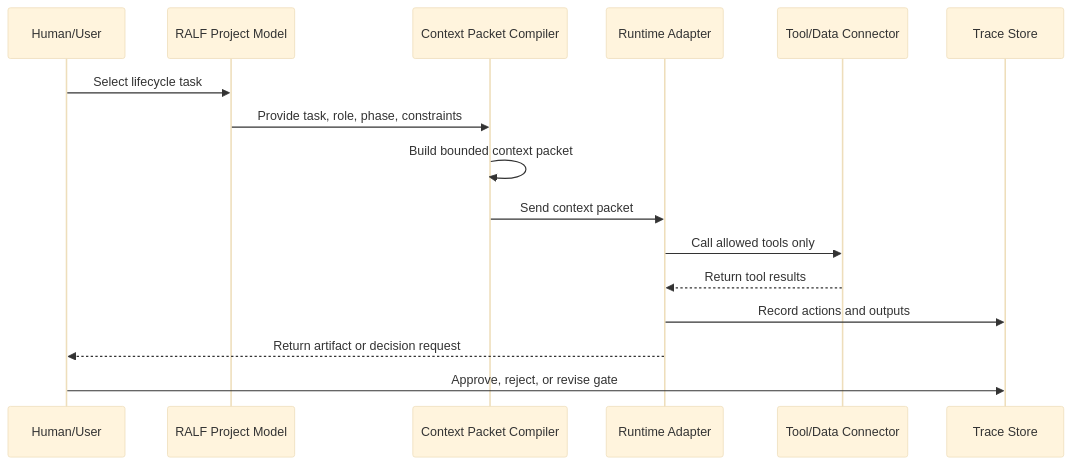
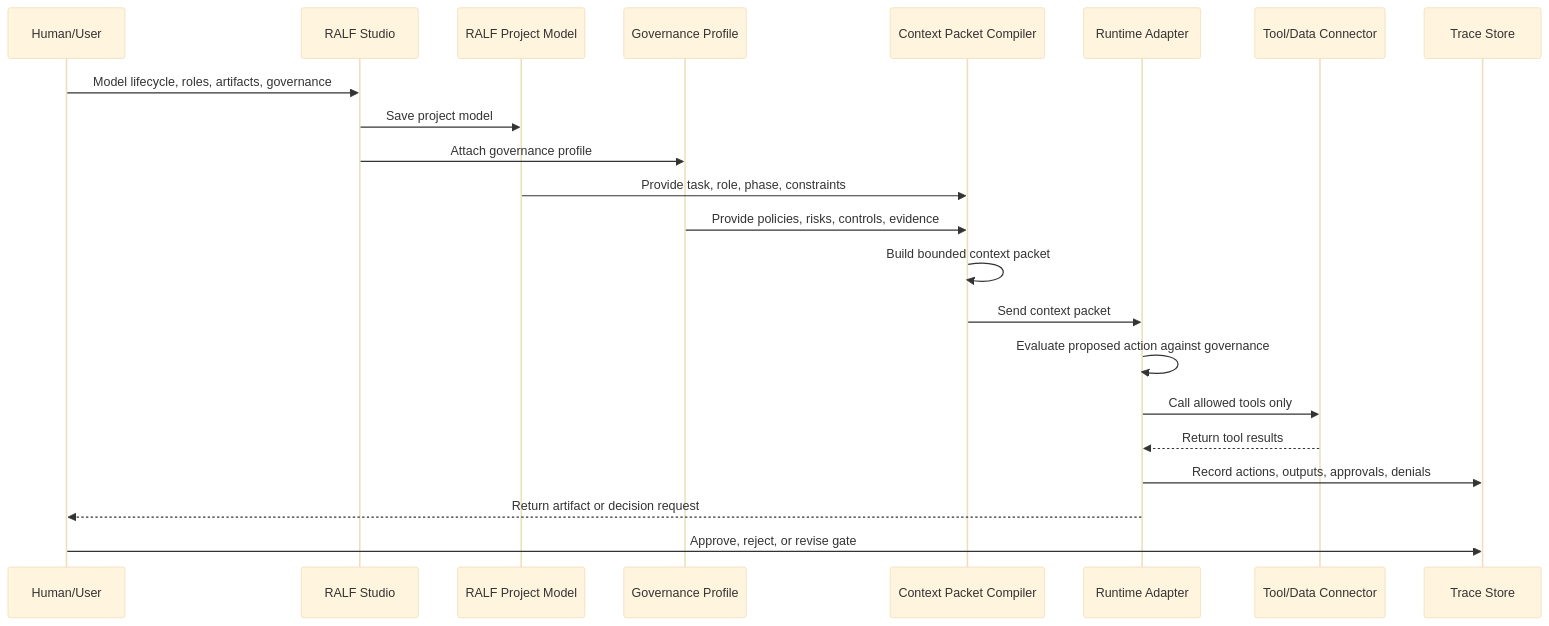
One commit to RALF-Framework/ralf changed the second of 2 diagrams in docs/architecture.md. Above: the diagram before and after it, drawn with Mermaid (base theme). The commit also changed other lines of this file and 6 other files, not shown here.

````diff
--- a/docs/architecture.md
+++ b/docs/architecture.md
@@ -171,19 +289,25 @@
 ```mermaid
 sequenceDiagram
     participant User as Human/User
+    participant Studio as RALF Studio
     participant Model as RALF Project Model
+    participant Governance as Governance Profile
     participant Compiler as Context Packet Compiler
     participant Runtime as Runtime Adapter
     participant Tool as Tool/Data Connector
     participant Trace as Trace Store
 
-    User->>Model: Select lifecycle task
+    User->>Studio: Model lifecycle, roles, artifacts, governance
+    Studio->>Model: Save project model
+    Studio->>Governance: Attach governance profile
     Model->>Compiler: Provide task, role, phase, constraints
+    Governance->>Compiler: Provide policies, risks, controls, evidence
     Compiler->>Compiler: Build bounded context packet
     Compiler->>Runtime: Send context packet
+    Runtime->>Runtime: Evaluate proposed action against governance
     Runtime->>Tool: Call allowed tools only
     Tool-->>Runtime: Return tool results
-    Runtime->>Trace: Record actions and outputs
+    Runtime->>Trace: Record actions, outputs, approvals, denials
     Runtime-->>User: Return artifact or decision request
     User->>Trace: Approve, reject, or revise gate
 ```
````
